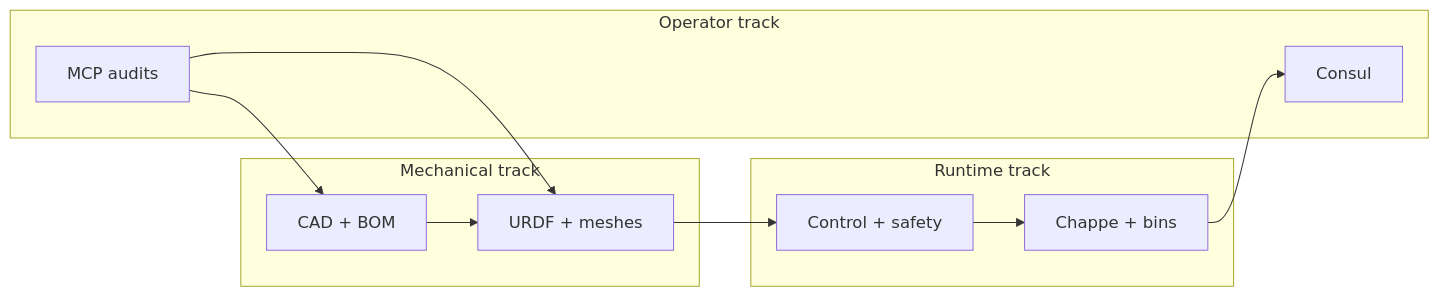
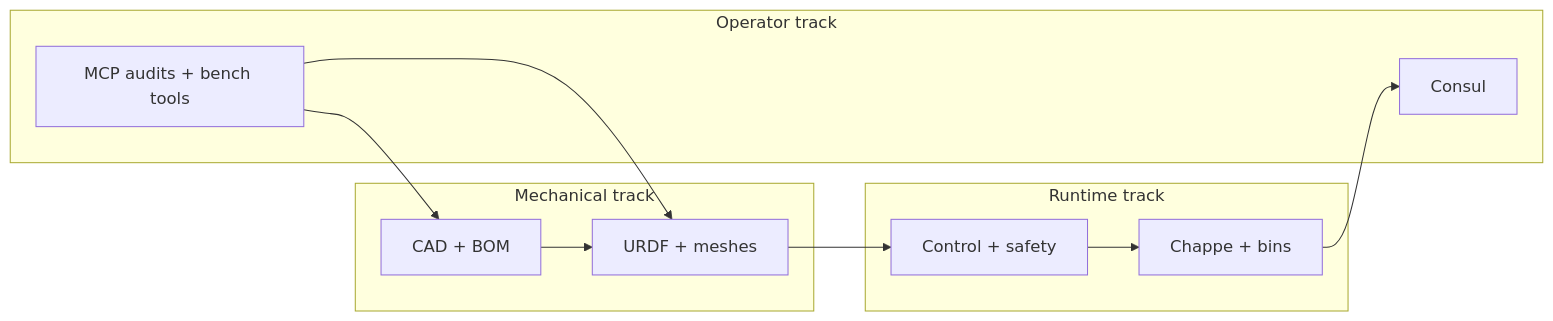
The diagram in docs/roadmap.md (jaylamping/marengo), drawn with Mermaid before and after one commit. The commit also changed other lines of this file and 50 other files, not shown here.

````diff
--- a/docs/roadmap.md
+++ b/docs/roadmap.md
@@ -37,21 +42,21 @@
 ```mermaid
 flowchart LR
   subgraph HW [Mechanical track]
     CAD[CAD + BOM]
     URDF[URDF + meshes]
   end
   subgraph SW [Runtime track]
     CTRL[Control + safety]
     BUS[Chappe + bins]
   end
   subgraph OPS [Operator track]
-    MCP[MCP audits]
+    MCP[MCP audits + bench tools]
     CON[Consul]
   end
   CAD --> URDF
   URDF --> CTRL
   CTRL --> BUS
   BUS --> CON
   MCP --> CAD
   MCP --> URDF
 ```
````
